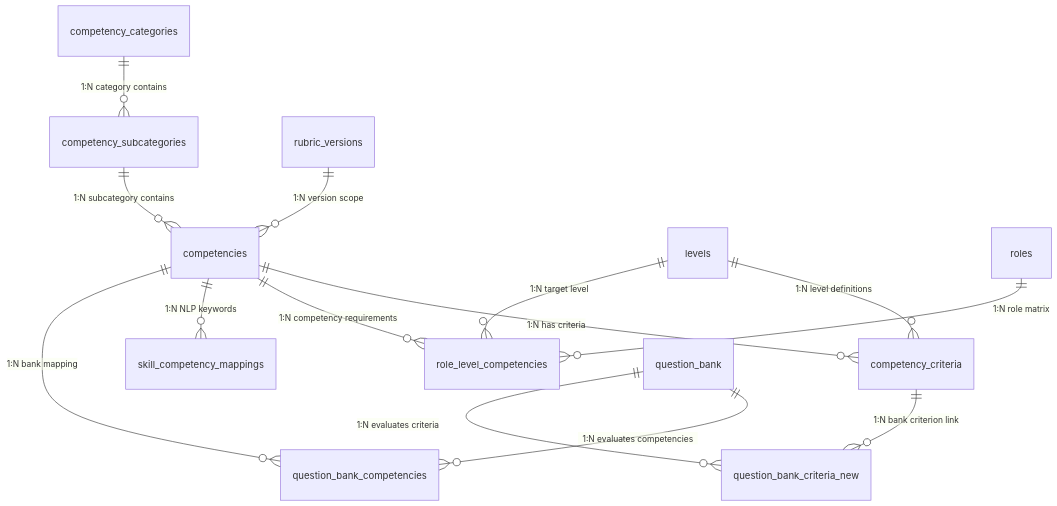
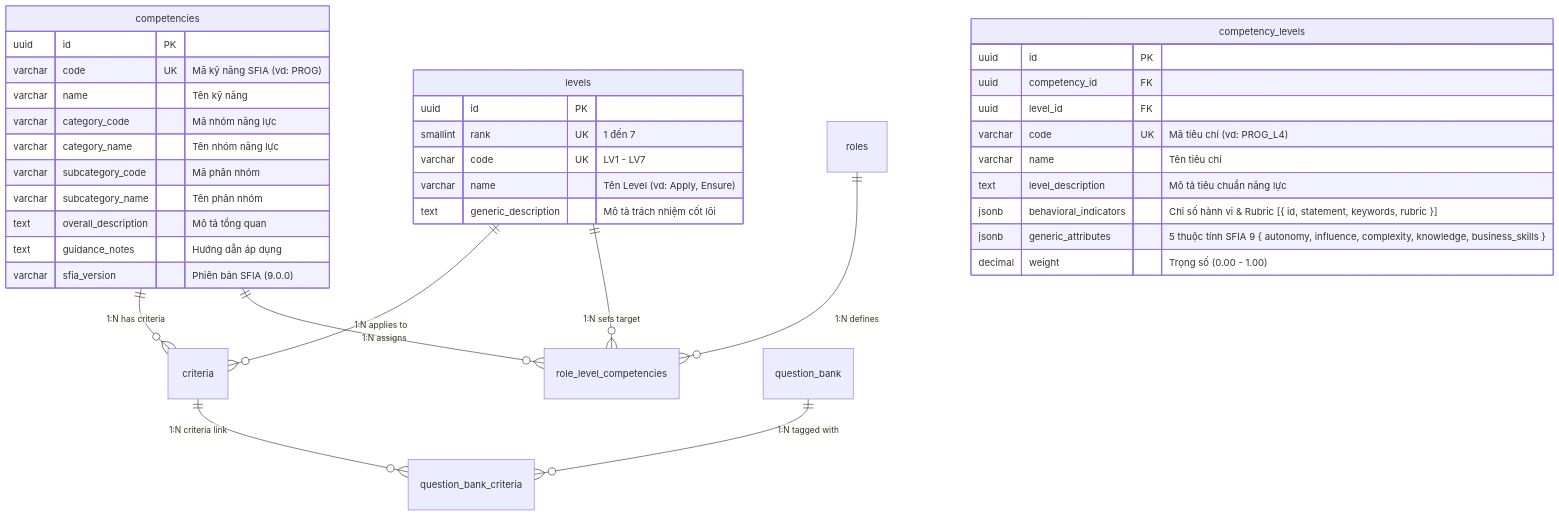
Before and after one commit to lethanhan01/interview-coach: the second of 3 diagrams in docs/Design/DetailedDesign/database-design/Database.md, drawn with Mermaid. The commit also changed other lines of this file and 40 other files, not shown here.

````diff
--- a/docs/Design/DetailedDesign/database-design/Database.md
+++ b/docs/Design/DetailedDesign/database-design/Database.md
@@ -120,21 +117,45 @@
 ```mermaid
 erDiagram
-    competency_categories ||--o{ competency_subcategories : "1:N category contains"
-    competency_subcategories ||--o{ competencies : "1:N subcategory contains"
-    rubric_versions ||--o{ competencies : "1:N version scope"
+    competencies ||--o{ criteria : "1:N has criteria"
+    levels ||--o{ criteria : "1:N applies to"
     
-    competencies ||--o{ competency_criteria : "1:N has criteria"
-    levels ||--o{ competency_criteria : "1:N level definitions"
+    roles ||--o{ role_level_competencies : "1:N defines"
+    levels ||--o{ role_level_competencies : "1:N sets target"
+    competencies ||--o{ role_level_competencies : "1:N assigns"
     
-    roles ||--o{ role_level_competencies : "1:N role matrix"
-    competencies ||--o{ role_level_competencies : "1:N competency requirements"
-    levels ||--o{ role_level_competencies : "1:N target level"
+    criteria ||--o{ question_bank_criteria : "1:N criteria link"
+    question_bank ||--o{ question_bank_criteria : "1:N tagged with"
     
-    competencies ||--o{ skill_competency_mappings : "1:N NLP keywords"
+    competencies {
+        uuid id PK
+        varchar code UK "Mã kỹ năng SFIA (vd: PROG)"
+        varchar name "Tên kỹ năng"
+        varchar category_code "Mã nhóm năng lực"
+        varchar category_name "Tên nhóm năng lực"
+        varchar subcategory_code "Mã phân nhóm"
+        varchar subcategory_name "Tên phân nhóm"
+        text overall_description "Mô tả tổng quan"
+        text guidance_notes "Hướng dẫn áp dụng"
+        varchar sfia_version "Phiên bản SFIA (9.0.0)"
+    }
     
-    competencies ||--o{ question_bank_competencies : "1:N bank mapping"
-    question_bank ||--o{ question_bank_competencies : "1:N evaluates competencies"
+    levels {
+        uuid id PK
+        smallint rank UK "1 đến 7"
+        varchar code UK "LV1 - LV7"
+        varchar name "Tên Level (vd: Apply, Ensure)"
+        text generic_description "Mô tả trách nhiệm cốt lõi"
+    }
     
-    competency_criteria ||--o{ question_bank_criteria_new : "1:N bank criterion link"
-    question_bank ||--o{ question_bank_criteria_new : "1:N evaluates criteria"
+    competency_levels {
+        uuid id PK
+        uuid competency_id FK
+        uuid level_id FK
+        varchar code UK "Mã tiêu chí (vd: PROG_L4)"
+        varchar name "Tên tiêu chí"
+        text level_description "Mô tả tiêu chuẩn năng lực"
+        jsonb behavioral_indicators "Chỉ số hành vi & Rubric [{ id, statement, keywords, rubric }]"
+        jsonb generic_attributes "5 thuộc tính SFIA 9 { autonomy, influence, complexity, knowledge, business_skills }"
+        decimal weight "Trọng số (0.00 - 1.00)"
+    }
 ```
````
